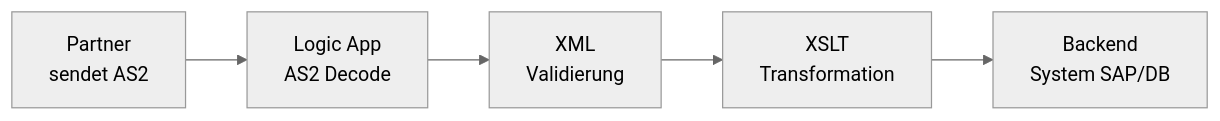
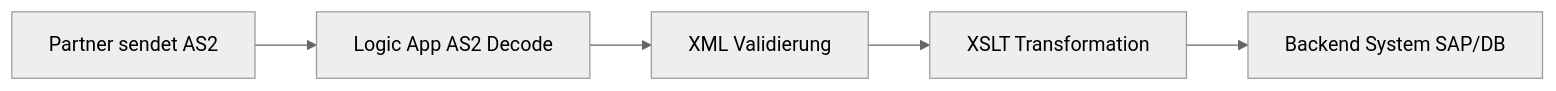
The fifth of 6 diagrams in Microsoft 365/Azure/Integration und Messaging/Azure Logic Apps.md (SoniiiT/notes-n-docs), drawn with Mermaid (neutral theme) before and after one commit. The commit also changed other lines of this file and 124 other files, not shown here.

First line of the commit message:
fix: Entferne \n aus allen Mermaid-Diagrammen (125 Dateien)

````diff
--- a/Microsoft 365/Azure/Integration und Messaging/Azure Logic Apps.md
+++ b/Microsoft 365/Azure/Integration und Messaging/Azure Logic Apps.md
@@ -248,7 +248,7 @@
 ```mermaid
 flowchart LR
-    P[Partner\nsendet AS2] --> R[Logic App\nAS2 Decode]
-    R --> V[XML\nValidierung]
-    V --> T[XSLT\nTransformation]
-    T --> B[Backend\nSystem SAP/DB]
+    P[Partner sendet AS2] --> R[Logic App AS2 Decode]
+    R --> V[XML Validierung]
+    V --> T[XSLT Transformation]
+    T --> B[Backend System SAP/DB]
 ```
````
